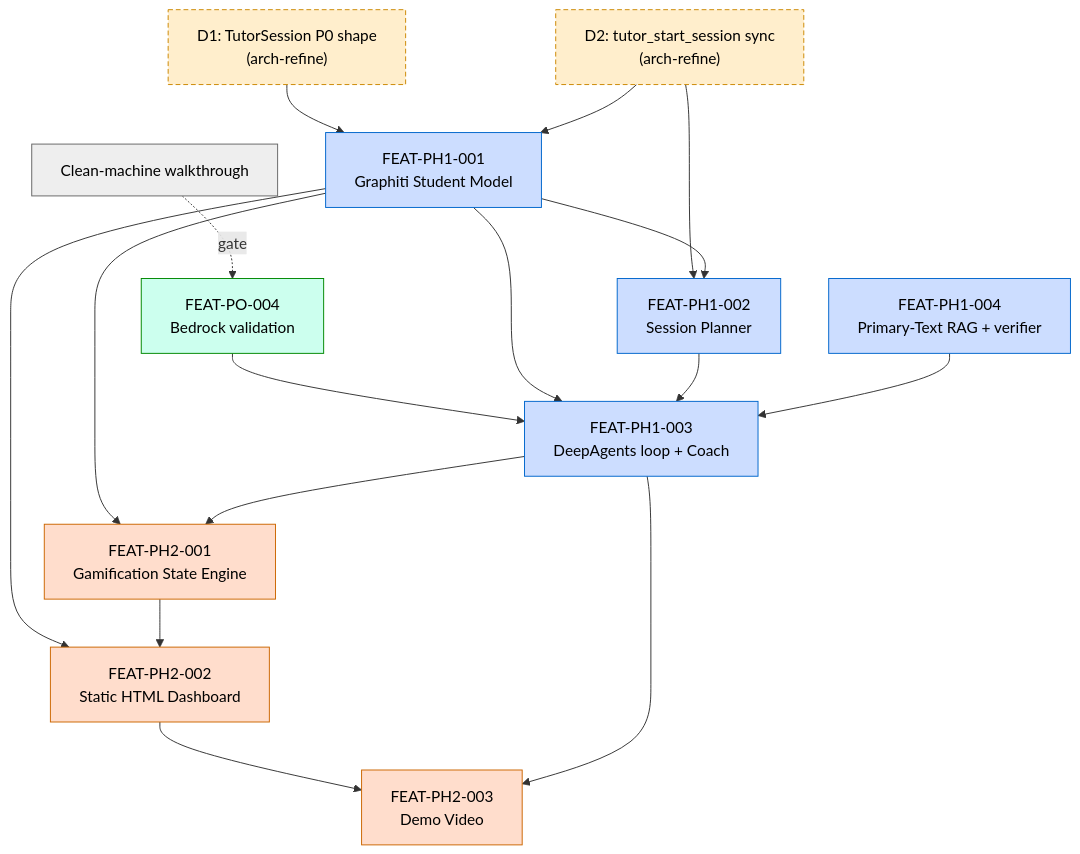
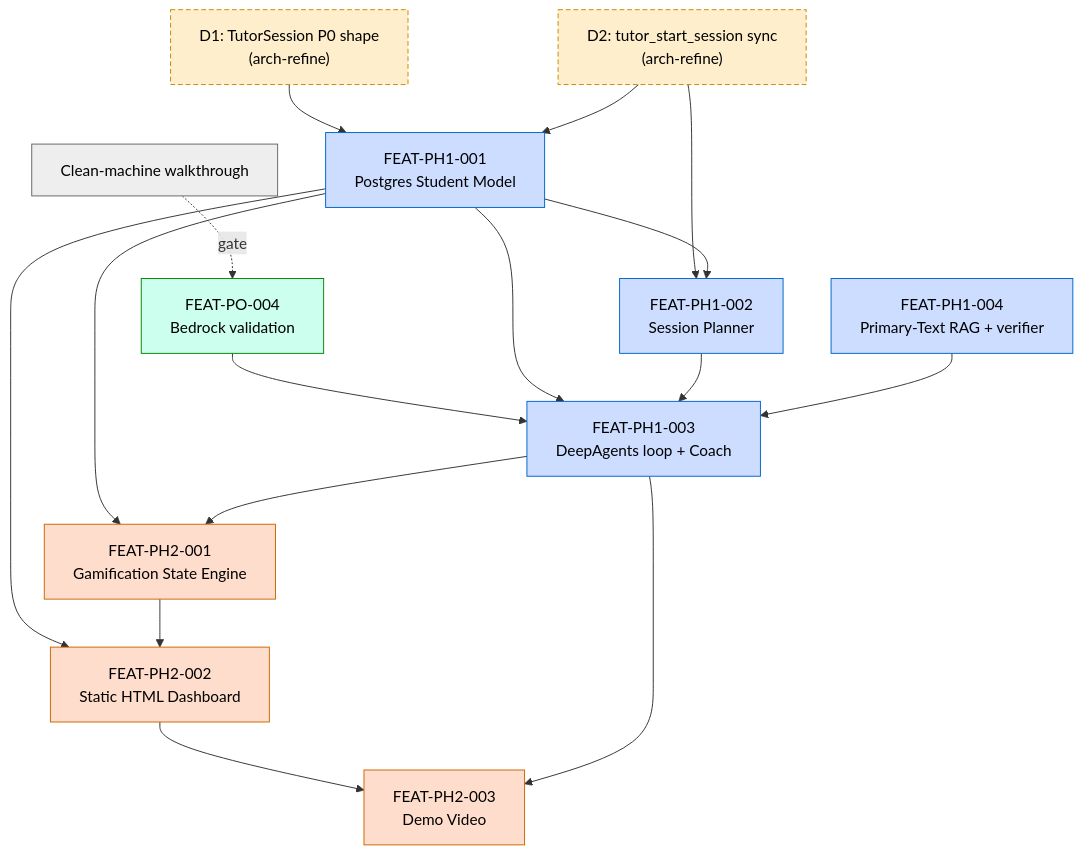
Before and after one commit to guardkit/study-tutor: the first of 2 diagrams in docs/planning/feature-roadmap.md, drawn with Mermaid. The commit also changed other lines of this file and 11 other files, not shown here.

First line of the commit message:
docs(arch): ratify ADR-ARCH-023 (G-ADR) - Graphiti/FalkorDB to Postgres student model

````diff
--- a/docs/planning/feature-roadmap.md
+++ b/docs/planning/feature-roadmap.md
@@ -140,48 +142,48 @@
 ```mermaid
 graph TD
     %% Phase 0 close-out
     PO004["FEAT-PO-004<br/>Bedrock validation"]:::p0
     WALK["Clean-machine walkthrough"]:::gate
     D1["D1: TutorSession P0 shape<br/>(arch-refine)"]:::archref
     D2["D2: tutor_start_session sync<br/>(arch-refine)"]:::archref
 
     %% Phase 1
-    PH1_001["FEAT-PH1-001<br/>Graphiti Student Model"]:::p1
+    PH1_001["FEAT-PH1-001<br/>Postgres Student Model"]:::p1
     PH1_002["FEAT-PH1-002<br/>Session Planner"]:::p1
     PH1_003["FEAT-PH1-003<br/>DeepAgents loop + Coach"]:::p1
     PH1_004["FEAT-PH1-004<br/>Primary-Text RAG + verifier"]:::p1
 
     %% Phase 2
     PH2_001["FEAT-PH2-001<br/>Gamification State Engine"]:::p2
     PH2_002["FEAT-PH2-002<br/>Static HTML Dashboard"]:::p2
     PH2_003["FEAT-PH2-003<br/>Demo Video"]:::p2
 
     %% Architecture follow-ups feed Phase 1
     D1 --> PH1_001
     D2 --> PH1_001
     D2 --> PH1_002
 
     %% Phase 0 dependencies
     WALK -.gate.-> PO004
     PO004 --> PH1_003
 
     %% Phase 1 internal
     PH1_001 --> PH1_002
     PH1_001 --> PH1_003
     PH1_002 --> PH1_003
     PH1_004 --> PH1_003
 
     %% Phase 1 → Phase 2
     PH1_001 --> PH2_001
     PH1_003 --> PH2_001
     PH1_001 --> PH2_002
     PH2_001 --> PH2_002
     PH2_002 --> PH2_003
     PH1_003 --> PH2_003
 
     classDef p0 fill:#cfe,stroke:#080,color:#000
     classDef p1 fill:#cdf,stroke:#06c,color:#000
     classDef p2 fill:#fdc,stroke:#c60,color:#000
     classDef archref fill:#fec,stroke:#c80,color:#000,stroke-dasharray: 5 3
     classDef gate fill:#eee,stroke:#666,color:#000
 ```
````
